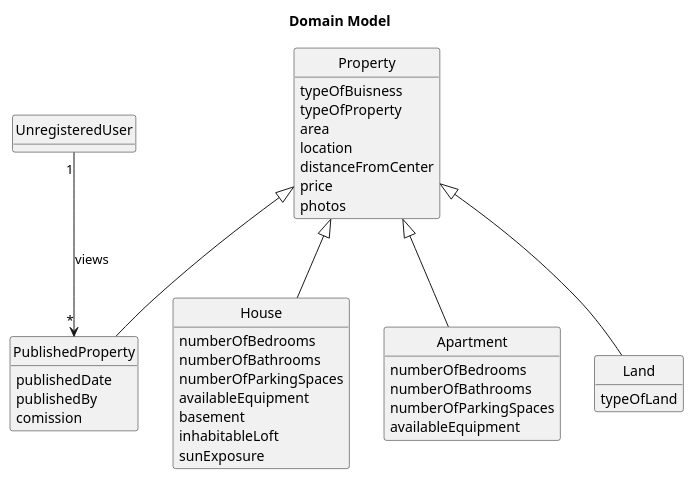
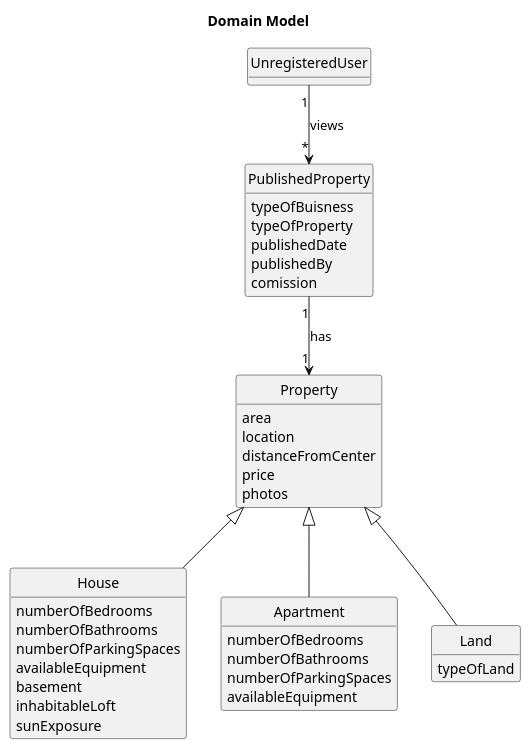
Before and after one commit to Goncalves2525/real-estate-management-system: the diagram in docs/sprintB/us001/02.analysis/puml/us001-domain-model.puml, drawn with PlantUML. The commit also changed 4 other files, not shown here.

Commit message:
Created US1 Class Diagram

```diff
--- a/docs/sprintB/us001/02.analysis/puml/us001-domain-model.puml
+++ b/docs/sprintB/us001/02.analysis/puml/us001-domain-model.puml
@@ -1,63 +1,63 @@
 @startuml
 skinparam monochrome true
 skinparam packageStyle rectangle
 skinparam shadowing false
 'skinparam linetype ortho
 'left to right direction
 
 skinparam classAttributeIconSize 0
 'skinparam groupInheritance 2
 
 hide circle
 hide methods
 
 title Domain Model
 
 
 class UnregisteredUser{
 
 }
 
 class Property{
-    typeOfBuisness
-    typeOfProperty
     area
     location
     distanceFromCenter
     price
     photos
 }
 
 
-class PublishedProperty extends Property{
+class PublishedProperty{
+    typeOfBuisness
+    typeOfProperty
     publishedDate
     publishedBy
     comission
 }
 
 class House extends Property{
         numberOfBedrooms
         numberOfBathrooms
         numberOfParkingSpaces
         availableEquipment
         basement
         inhabitableLoft
         sunExposure
 }
 
 class Apartment extends Property{
-    numberOfBedrooms
+        numberOfBedrooms
         numberOfBathrooms
         numberOfParkingSpaces
         availableEquipment
 }
 
 class Land extends Property{
     typeOfLand
 }
 
 UnregisteredUser "1" --> "*" PublishedProperty : views
-
+PublishedProperty "1" --> "1" Property : has
 
 
 @enduml
```
